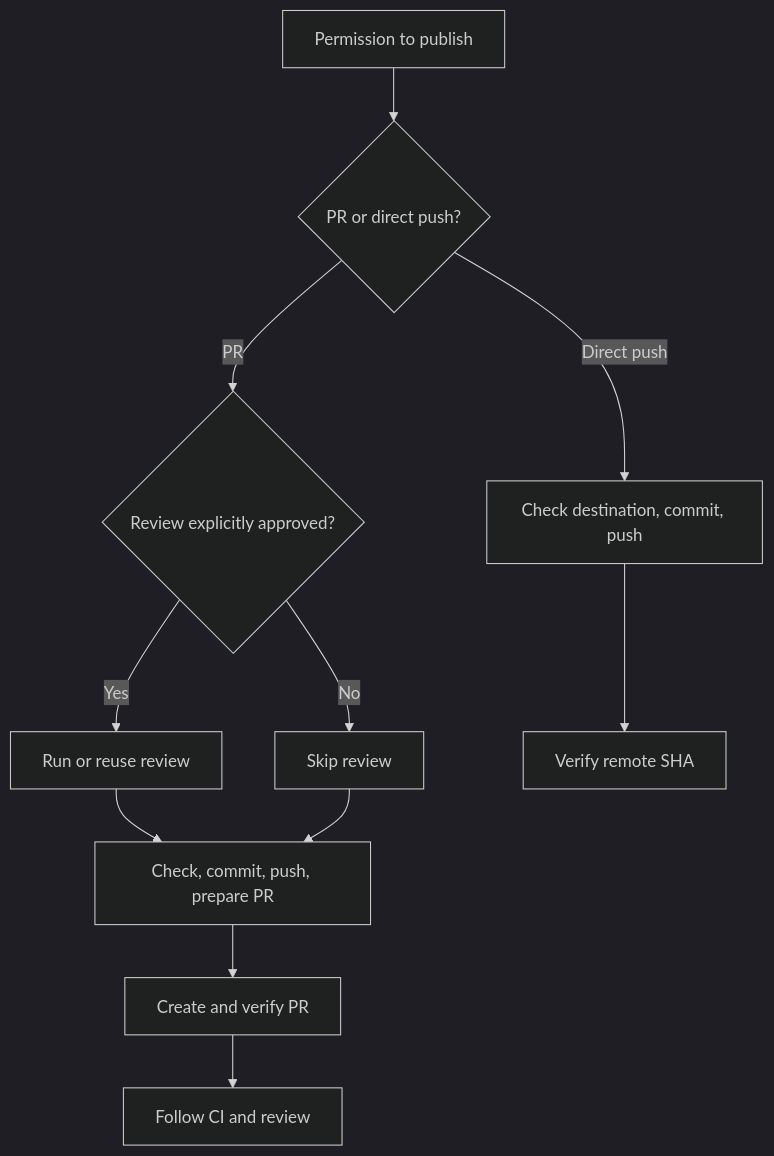
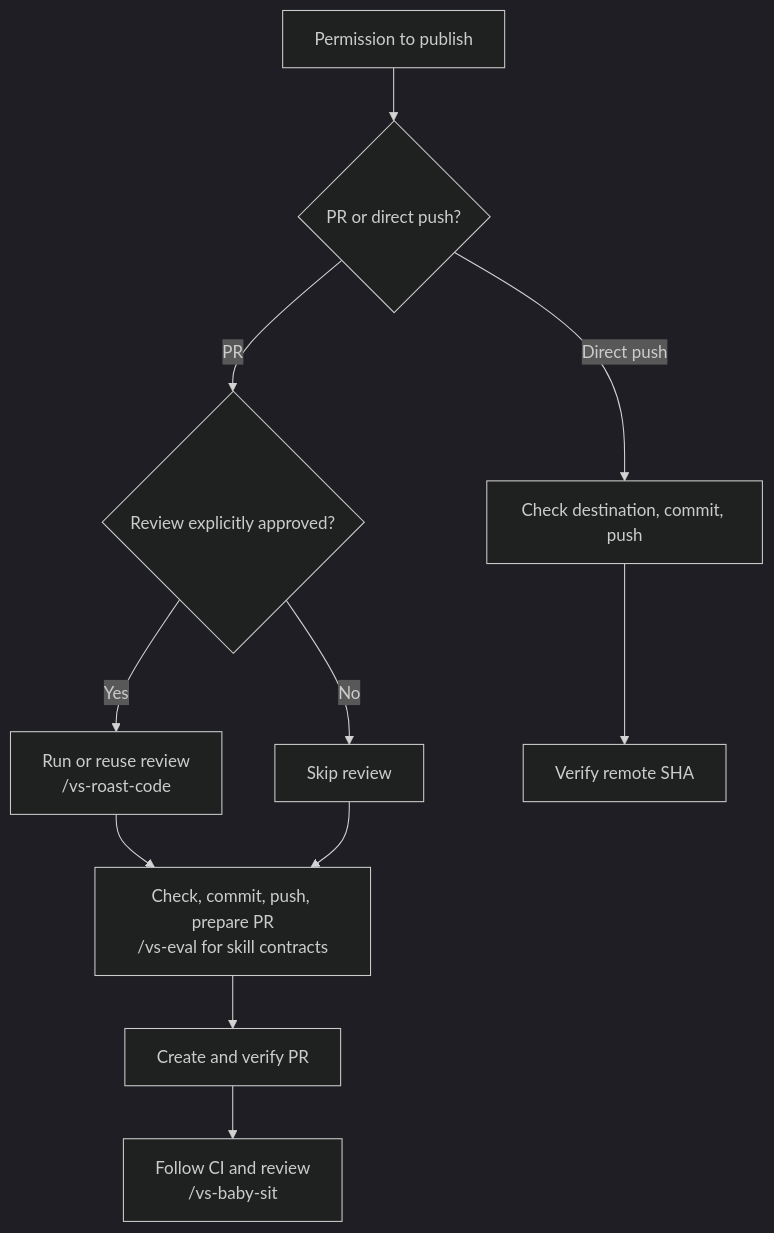
The fourth of 4 diagrams in README.md (vltansky/vs), drawn with Mermaid (dark theme) before and after one commit. The commit also changed other lines of this file, not shown here.

````diff
--- a/README.md
+++ b/README.md
@@ -96,11 +101,11 @@
 ```mermaid
 flowchart TD
     I[Permission to publish] --> D{PR or direct push?}
     D -- PR --> R{Review explicitly approved?}
-    R -- Yes --> V[Run or reuse review]
+    R -- Yes --> V["Run or reuse review<br/>/vs-roast-code"]
     R -- No --> P[Skip review]
-    V --> C[Check, commit, push, prepare PR]
+    V --> C["Check, commit, push, prepare PR<br/>/vs-eval for skill contracts"]
     P --> C
-    C --> O[Create and verify PR] --> W[Follow CI and review]
+    C --> O[Create and verify PR] --> W["Follow CI and review<br/>/vs-baby-sit"]
     D -- Direct push --> F[Check destination, commit, push] --> S[Verify remote SHA]
 ```
````
